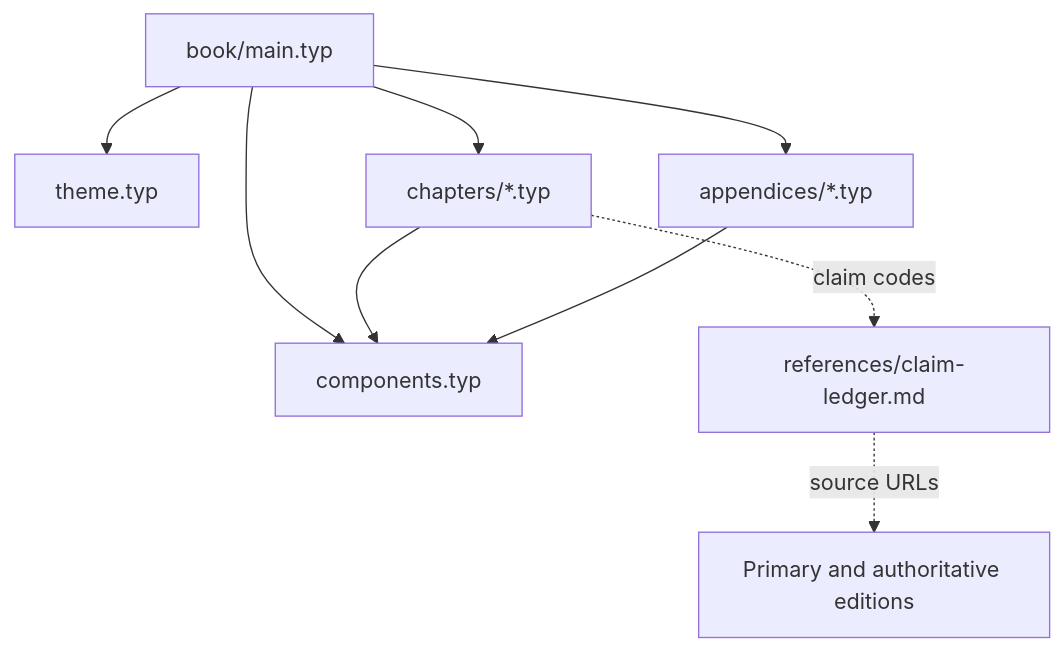
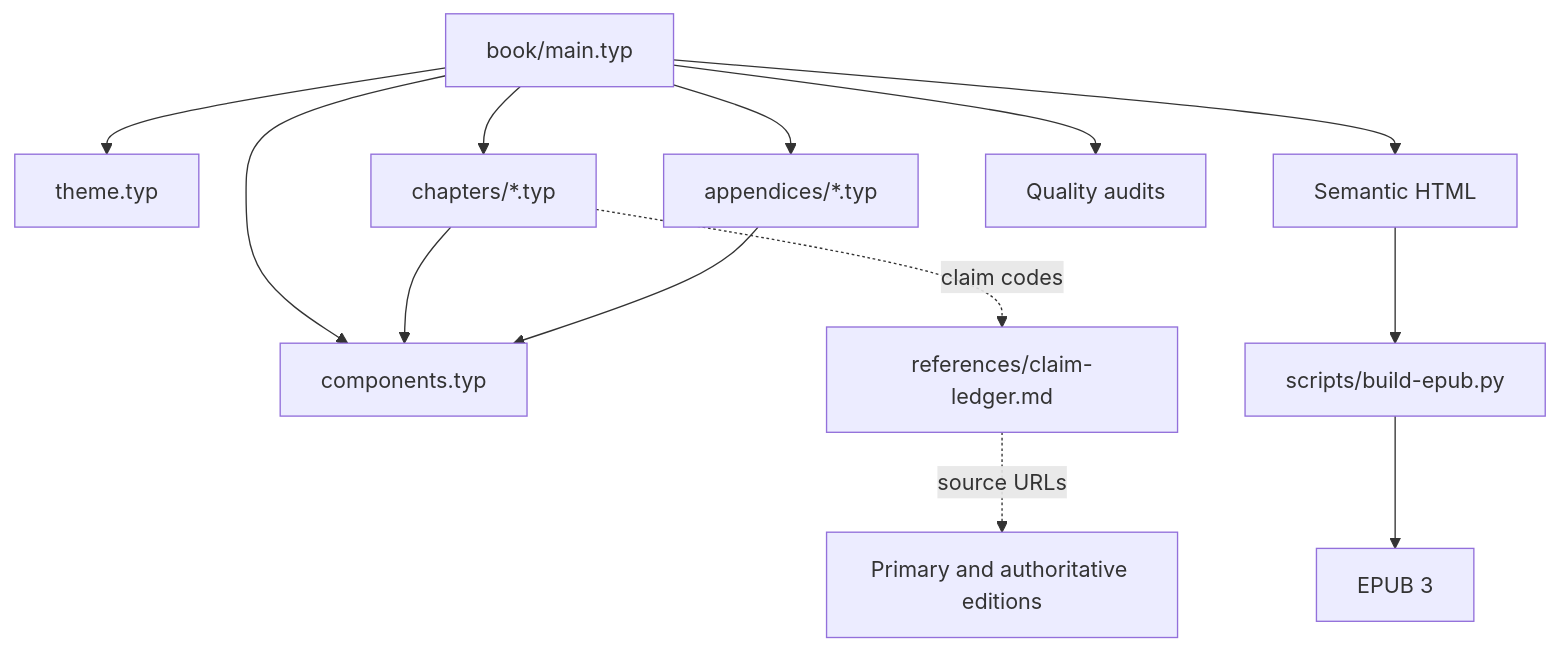
Before and after one commit to streamentry/streamentry: the second of 5 diagrams in AGENTS.md, drawn with Mermaid. The commit also changed other lines of this file and 35 other files, not shown here.

````diff
--- a/AGENTS.md
+++ b/AGENTS.md
@@ -46,11 +57,15 @@
 ```mermaid
 flowchart TB
   M["book/main.typ"] --> T["theme.typ"]
   M --> C["components.typ"]
   M --> H["chapters/*.typ"]
   M --> A["appendices/*.typ"]
+  M --> E["Semantic HTML"]
+  E --> P["scripts/build-epub.py"]
+  P --> U["EPUB 3"]
+  M --> Q["Quality audits"]
   H --> C
   A --> C
   H -. "claim codes" .-> L["references/claim-ledger.md"]
   L -. "source URLs" .-> S["Primary and authoritative editions"]
 ```
````
